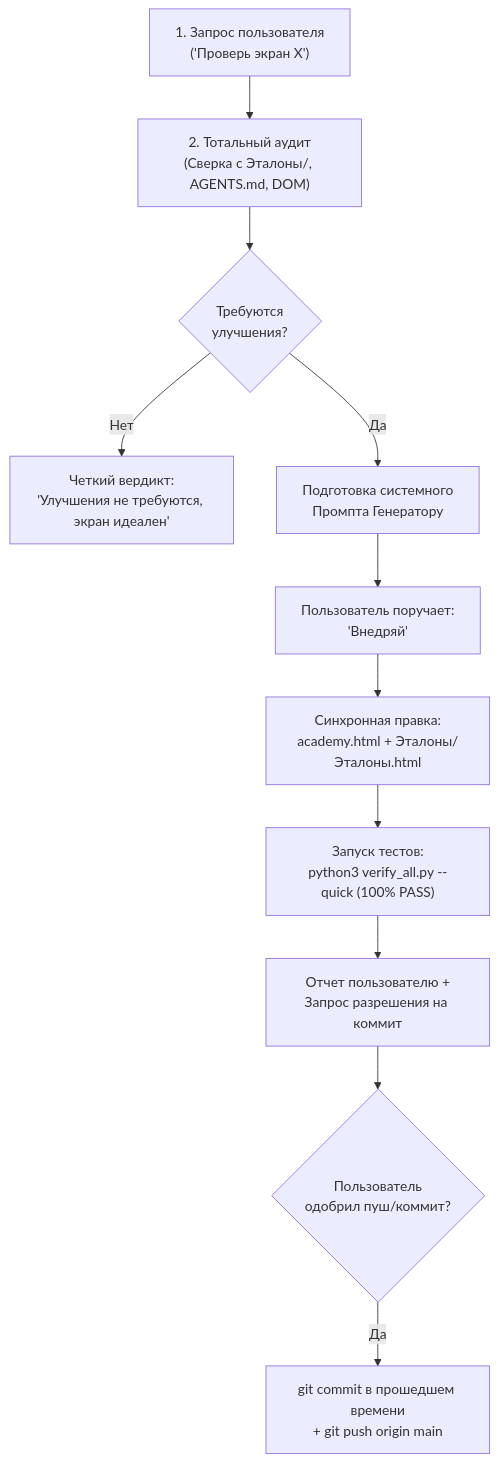
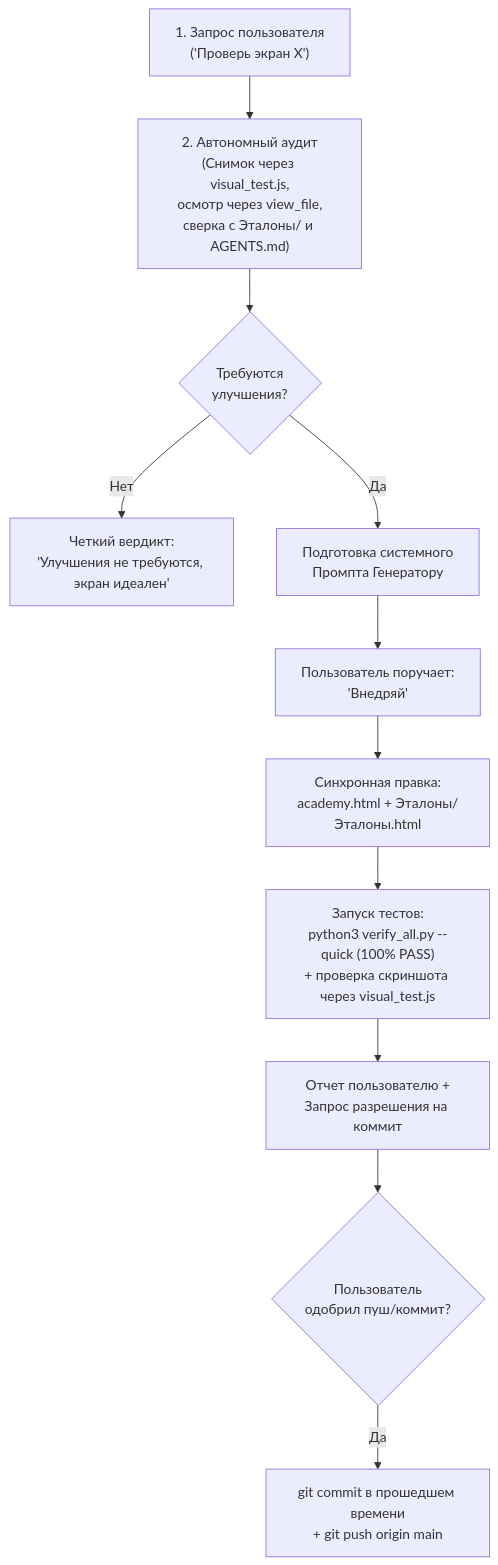
One commit to kseniadmay/python-backend-academy changed the diagram in docs/HANDOVER_DESCRIPTOR.md. Above: the diagram before and after it, drawn with Mermaid. The commit also changed other lines of this file and 10 other files, not shown here.

````diff
--- a/docs/HANDOVER_DESCRIPTOR.md
+++ b/docs/HANDOVER_DESCRIPTOR.md
@@ -109,13 +112,13 @@
 ```mermaid
 flowchart TD
-    A["1. Запрос пользователя<br/>('Проверь экран X')"] --> B["2. Тотальный аудит<br/>(Сверка с Эталоны/, AGENTS.md, DOM)"]
+    A["1. Запрос пользователя<br/>('Проверь экран X')"] --> B["2. Автономный аудит<br/>(Снимок через visual_test.js,<br/>осмотр через view_file,<br/>сверка с Эталоны/ и AGENTS.md)"]
     B --> C{"Требуются<br/>улучшения?"}
     C -- "Нет" --> D["Четкий вердикт:<br/>'Улучшения не требуются, экран идеален'"]
     C -- "Да" --> E["Подготовка системного<br/>Промпта Генератору"]
     E --> F["Пользователь поручает:<br/>'Внедряй'"]
     F --> G["Синхронная правка:<br/>academy.html + Эталоны/Эталоны.html"]
-    G --> H["Запуск тестов:<br/>python3 verify_all.py --quick (100% PASS)"]
+    G --> H["Запуск тестов:<br/>python3 verify_all.py --quick (100% PASS)<br/>+ проверка скриншота через visual_test.js"]
     H --> I["Отчет пользователю +<br/>Запрос разрешения на коммит"]
     I --> J{"Пользователь<br/>одобрил пуш/коммит?"}
     J -- "Да" --> K["git commit в прошедшем времени<br/>+ git push origin main"]
 ```
````
